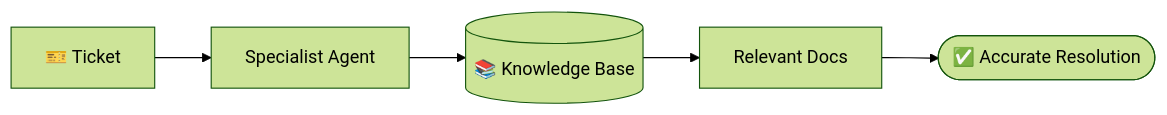
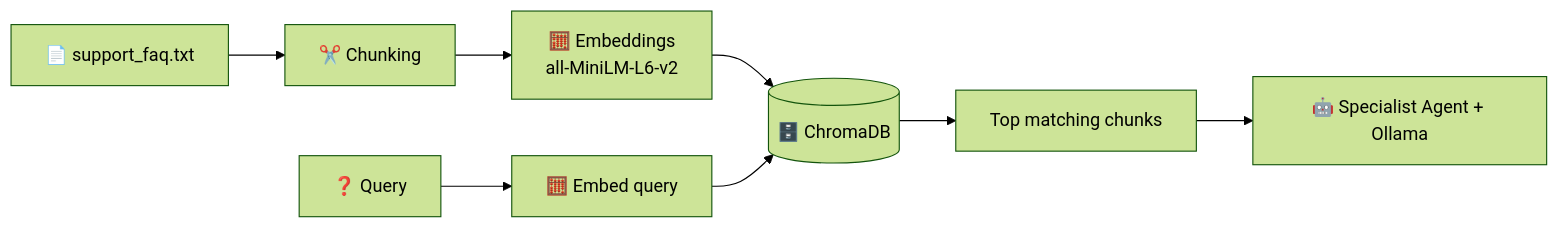
Before and after one commit to Mahee0117/Ticket_resolver_crewai: the second of 3 diagrams in README.md, drawn with Mermaid (forest theme). The commit also changed other lines of this file and 19 other files, not shown here.

````diff
--- a/README.md
+++ b/README.md
@@ -390,4 +154,5 @@
 ```mermaid
 flowchart LR
-    T[🎫 Ticket] --> S[Specialist Agent] --> K[(📚 Knowledge Base)] --> D[Relevant Docs] --> R([✅ Accurate Resolution])
+    D[📄 support_faq.txt] --> C[✂️ Chunking] --> E[🧮 Embeddings<br/>all-MiniLM-L6-v2] --> V[(🗄️ ChromaDB)]
+    Q[❓ Query] --> QE[🧮 Embed query] --> V --> TOP[Top matching chunks] --> A[🤖 Specialist Agent + Ollama]
 ```
````
